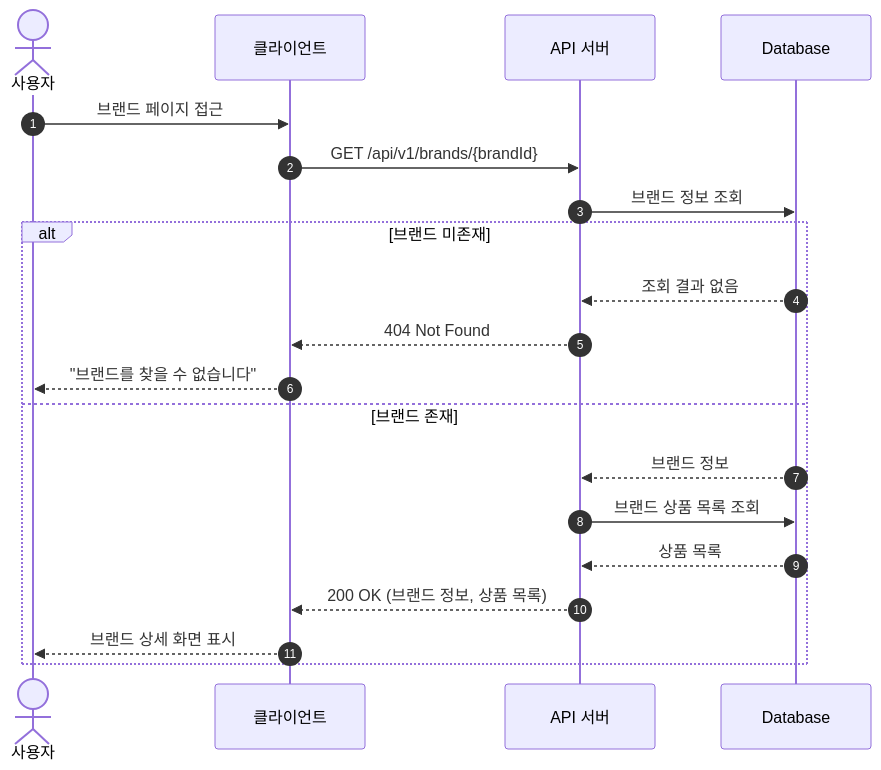
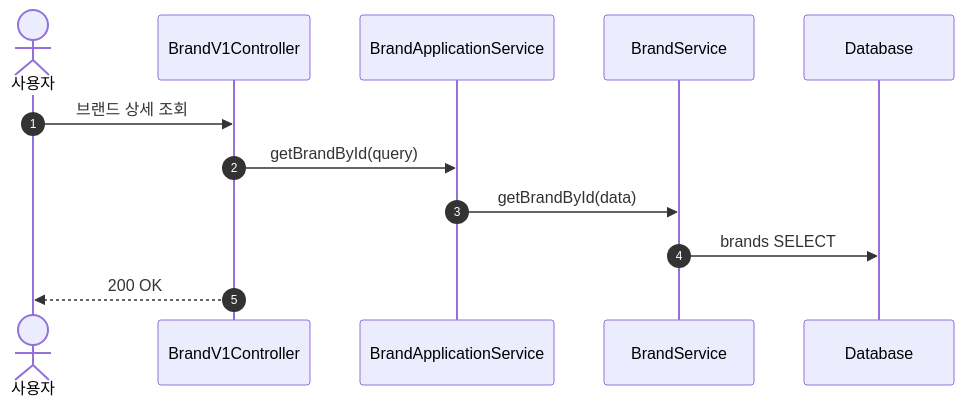
The seventh of 15 diagrams in docs/02-sequence-diagrams.md (yht0827/my-commerce), drawn with Mermaid before and after one commit. The commit also changed other lines of this file and 258 other files, not shown here.

````diff
--- a/docs/02-sequence-diagrams.md
+++ b/docs/02-sequence-diagrams.md
@@ -254,25 +192,15 @@
 ```mermaid
 sequenceDiagram
     autonumber
     actor User as 사용자
-    participant Client as 클라이언트
-    participant Server as API 서버
+    participant API as BrandV1Controller
+    participant App as BrandApplicationService
+    participant Domain as BrandService
     participant DB as Database
 
-    User->>Client: 브랜드 페이지 접근
-    Client->>Server: GET /api/v1/brands/{brandId}
-
-    Server->>DB: 브랜드 정보 조회
-
-    alt 브랜드 미존재
-        DB-->>Server: 조회 결과 없음
-        Server-->>Client: 404 Not Found
-        Client-->>User: "브랜드를 찾을 수 없습니다"
-    else 브랜드 존재
-        DB-->>Server: 브랜드 정보
-        Server->>DB: 브랜드 상품 목록 조회
-        DB-->>Server: 상품 목록
-        Server-->>Client: 200 OK (브랜드 정보, 상품 목록)
-        Client-->>User: 브랜드 상세 화면 표시
-    end
+    User->>API: 브랜드 상세 조회
+    API->>App: getBrandById(query)
+    App->>Domain: getBrandById(data)
+    Domain->>DB: brands SELECT
+    API-->>User: 200 OK
 ```
````
